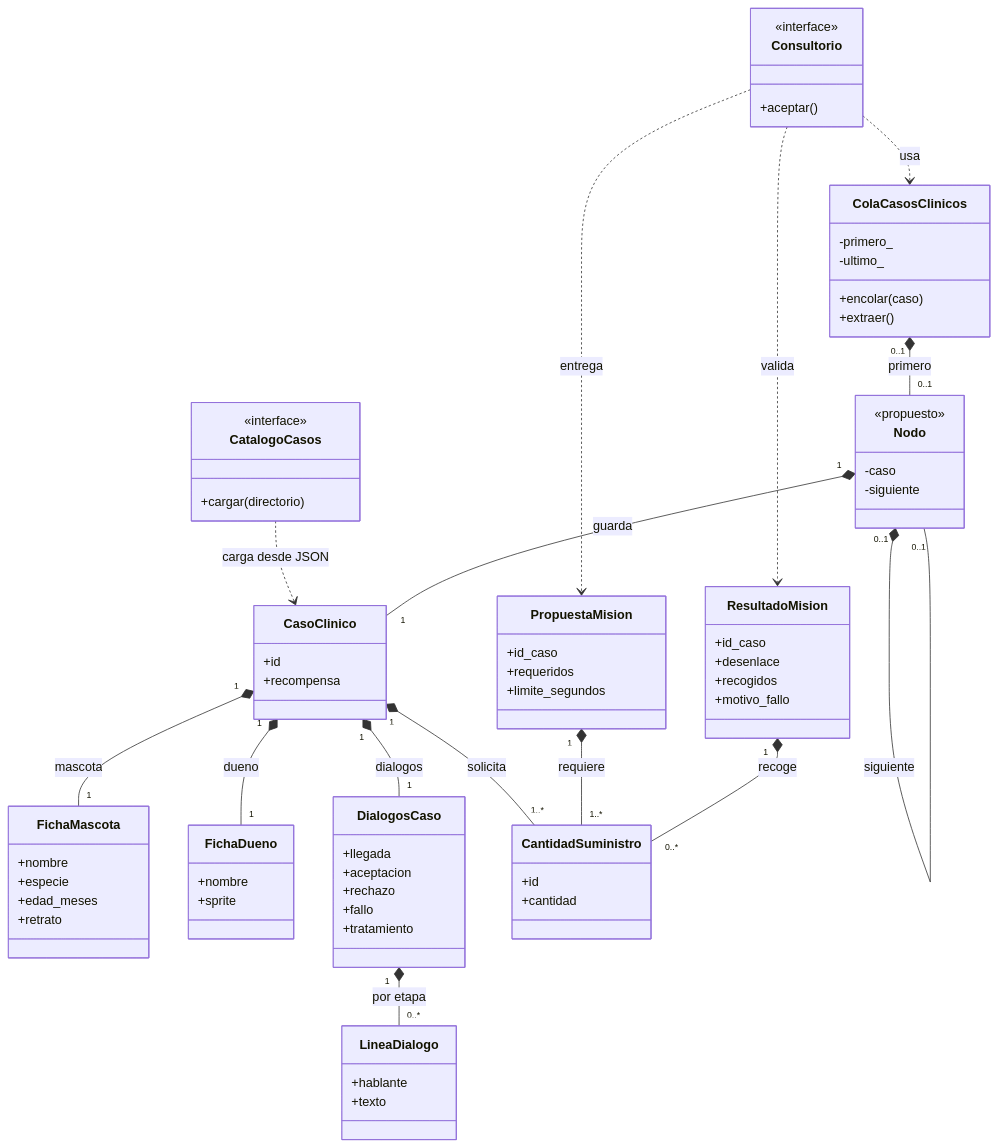
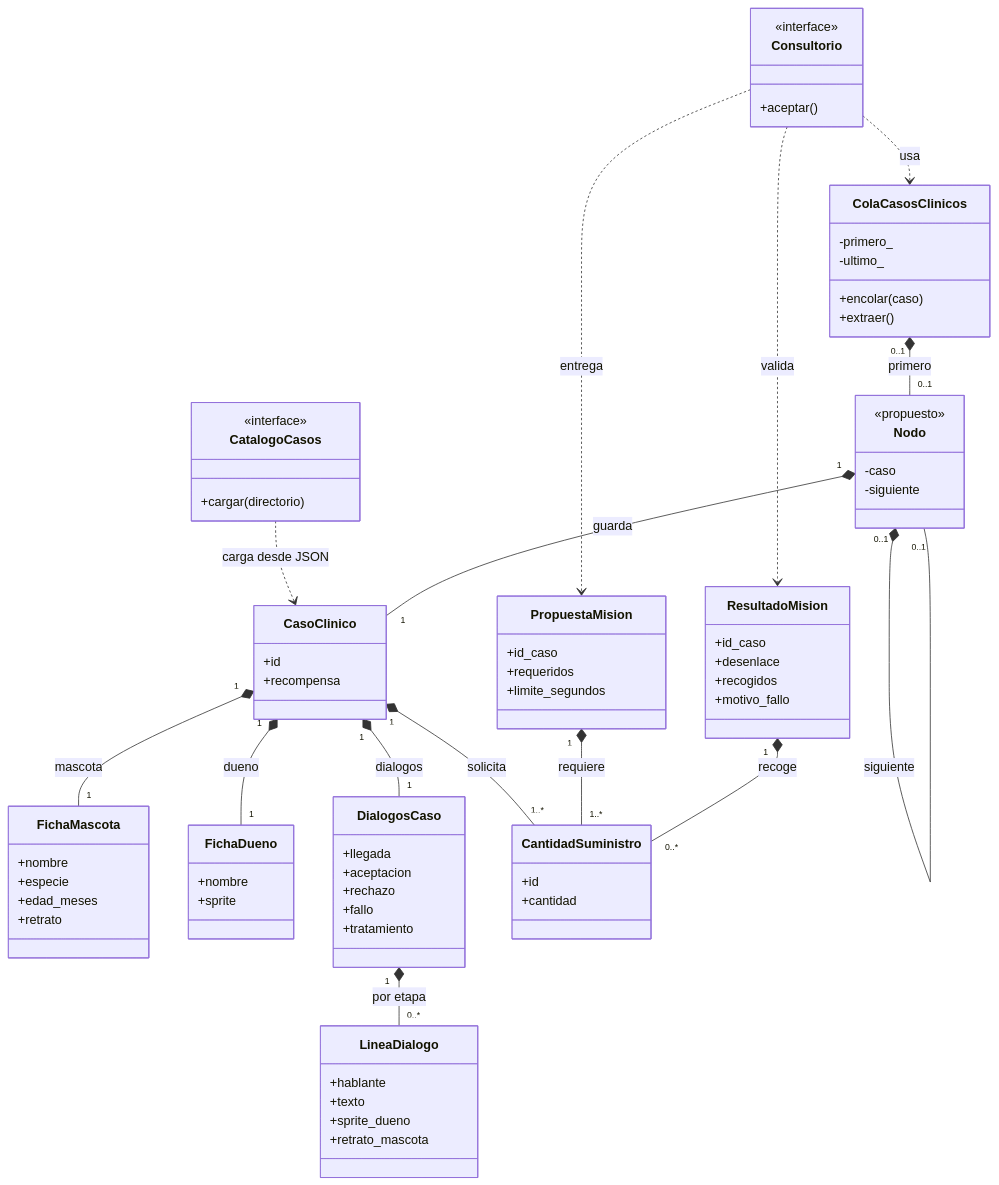
Before and after one commit to sandra-aliaga/veterinaria-apocaliptica-to: the second of 4 diagrams in README.md, drawn with Mermaid. The commit also changed other lines of this file and 38 other files, not shown here.

````diff
--- a/README.md
+++ b/README.md
@@ -328,77 +340,79 @@
 ```mermaid
 classDiagram
     direction TB
     class CatalogoCasos {
         <<interface>>
         +cargar(directorio)
     }
     class Consultorio {
         <<interface>>
         +aceptar()
     }
     class ColaCasosClinicos {
         -primero_
         -ultimo_
         +encolar(caso)
         +extraer()
     }
     class Nodo {
         <<propuesto>>
         -caso
         -siguiente
     }
     class CasoClinico {
         +id
         +recompensa
     }
     class FichaMascota {
         +nombre
         +especie
         +edad_meses
         +retrato
     }
     class FichaDueno {
         +nombre
         +sprite
     }
     class DialogosCaso {
         +llegada
         +aceptacion
         +rechazo
         +fallo
         +tratamiento
     }
     class LineaDialogo {
         +hablante
         +texto
+        +sprite_dueno
+        +retrato_mascota
     }
     class CantidadSuministro {
         +id
         +cantidad
     }
     class PropuestaMision {
         +id_caso
         +requeridos
         +limite_segundos
     }
     class ResultadoMision {
         +id_caso
         +desenlace
         +recogidos
         +motivo_fallo
     }
     CatalogoCasos ..> CasoClinico : carga desde JSON
     Consultorio ..> ColaCasosClinicos : usa
     Consultorio ..> PropuestaMision : entrega
     Consultorio ..> ResultadoMision : valida
     ColaCasosClinicos "0..1" *-- "0..1" Nodo : primero
     Nodo "0..1" *-- "0..1" Nodo : siguiente
     Nodo "1" *-- "1" CasoClinico : guarda
     CasoClinico "1" *-- "1" FichaMascota : mascota
     CasoClinico "1" *-- "1" FichaDueno : dueno
     CasoClinico "1" *-- "1" DialogosCaso : dialogos
     DialogosCaso "1" *-- "0..*" LineaDialogo : por etapa
     CasoClinico "1" *-- "1..*" CantidadSuministro : solicita
     PropuestaMision "1" *-- "1..*" CantidadSuministro : requiere
     ResultadoMision "1" *-- "0..*" CantidadSuministro : recoge
 ```
````
